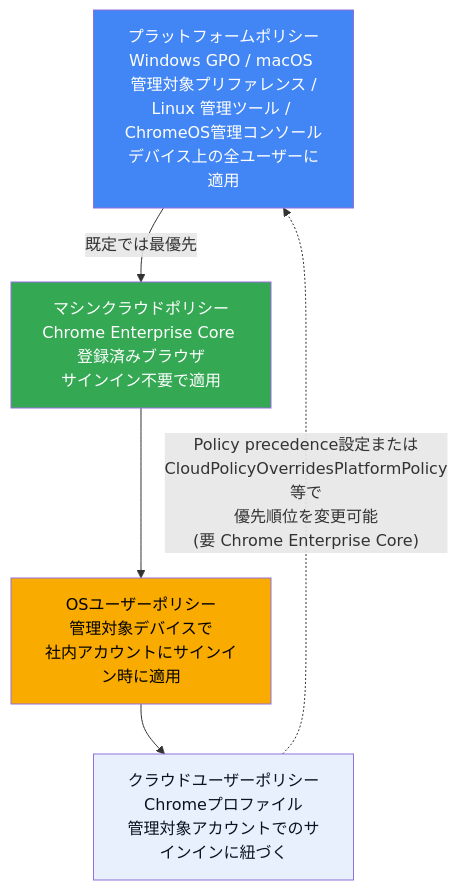
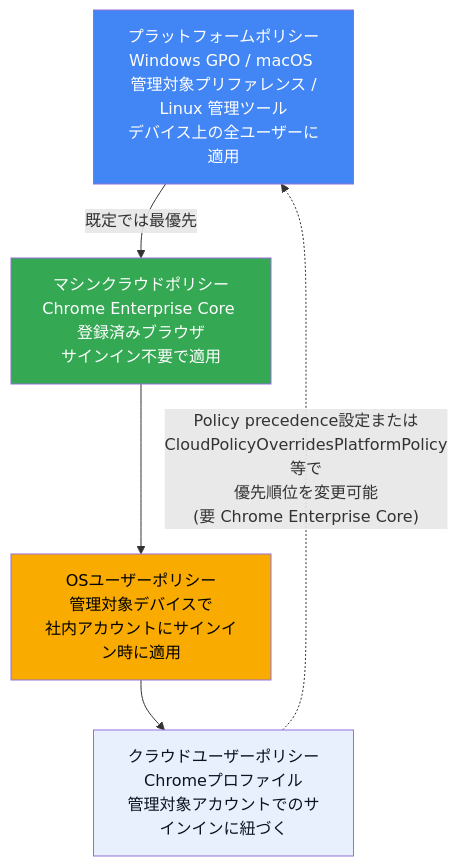
The seventh of 10 diagrams in Agwa-s5-browsers-endpoints.md (myoshi2891/Cloud-Infrastructure-Studies), drawn with Mermaid before and after one commit. The commit also changed other lines of this file, not shown here.

````diff
--- a/Agwa-s5-browsers-endpoints.md
+++ b/Agwa-s5-browsers-endpoints.md
@@ -344,20 +344,20 @@
 ```mermaid
 flowchart TB
-    A["プラットフォームポリシー<br/>Windows GPO / macOS 管理対象プリファレンス /<br/>Linux 管理ツール / ChromeOS管理コンソール<br/>デバイス上の全ユーザーに適用"]
+    A["プラットフォームポリシー<br/>Windows GPO / macOS 管理対象プリファレンス /<br/>Linux 管理ツール<br/>デバイス上の全ユーザーに適用"]
     B["マシンクラウドポリシー<br/>Chrome Enterprise Core 登録済みブラウザ<br/>サインイン不要で適用"]
     C["OSユーザーポリシー<br/>管理対象デバイスで<br/>社内アカウントにサインイン時に適用"]
     D["クラウドユーザーポリシー<br/>Chromeプロファイル<br/>管理対象アカウントでのサインインに紐づく"]
 
     A -->|"既定では最優先"| B --> C --> D
 
     D -.->|"Policy precedence設定または<br/>CloudPolicyOverridesPlatformPolicy等で<br/>優先順位を変更可能<br/>(要 Chrome Enterprise Core)"| A
 
     classDef top fill:#4285f4,color:#ffffff
     classDef mid fill:#34a853,color:#ffffff
     classDef low fill:#f9ab00,color:#000000
     classDef lowest fill:#e8f0fe,color:#0b1220
     class A top
     class B mid
     class C low
     class D lowest
 ```
````
